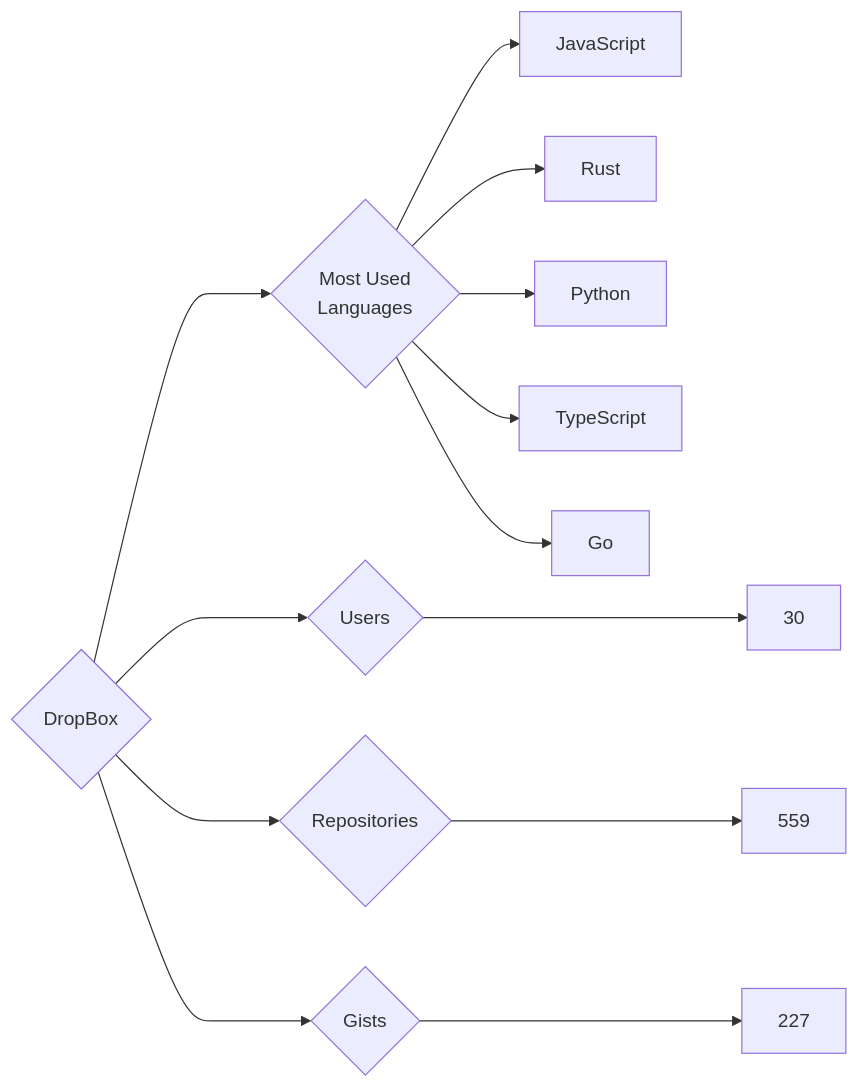
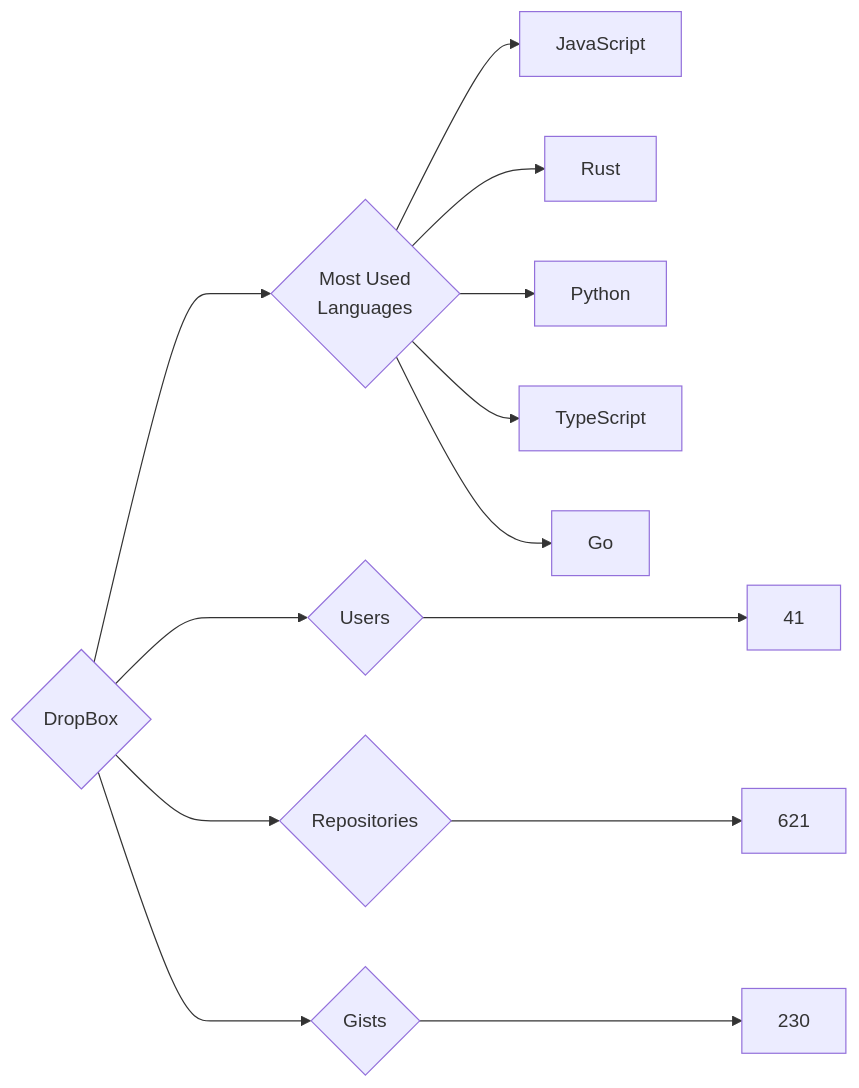
The diagram in targets/DropBox/README.md (trickest/insiders), drawn with Mermaid before and after one commit. The commit also changed 681 other files, not shown here.

````diff
--- a/targets/DropBox/README.md
+++ b/targets/DropBox/README.md
@@ -3,13 +3,13 @@
 ```mermaid
 graph LR
 COMPANY_NAME{DropBox}
-COMPANY_NAME ---> U{Users} ---> UN[30]
-COMPANY_NAME ---> R{Repositories} ---> RN[559]
-COMPANY_NAME ---> G{Gists} ---> GN[227]
+COMPANY_NAME ---> U{Users} ---> UN[41]
+COMPANY_NAME ---> R{Repositories} ---> RN[621]
+COMPANY_NAME ---> G{Gists} ---> GN[230]
 COMPANY_NAME ---> ML{Most Used<br>Languages}
 ML --> JavaScript[JavaScript]
 ML --> Rust[Rust]
 ML --> Python[Python]
 ML --> TypeScript[TypeScript]
 ML --> Go[Go]
 ```
````
